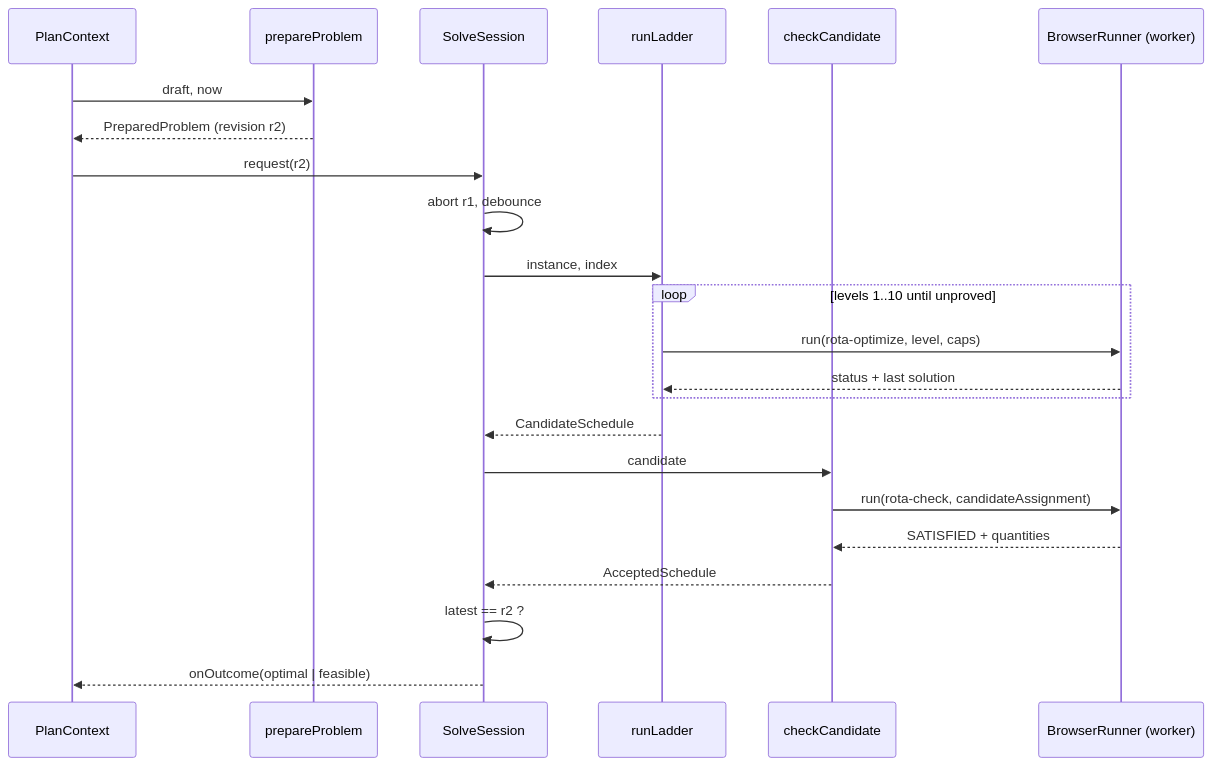
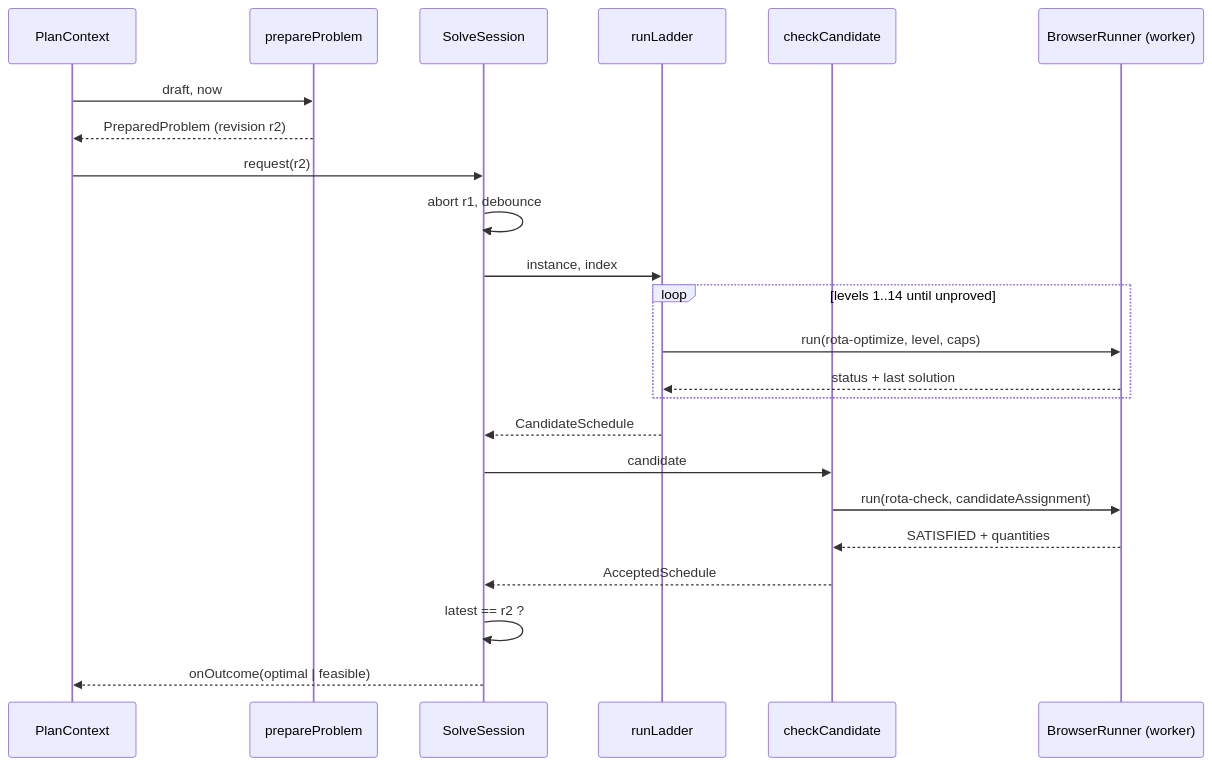
Before and after one commit to barakplasma/guard: the third of 4 diagrams in docs/minizinc-implementation-design.md, drawn with Mermaid. The commit also changed other lines of this file and 1 other file, not shown here.

First line of the commit message:
Export never clears, a 24-hour window, and four more levels

````diff
--- a/docs/minizinc-implementation-design.md
+++ b/docs/minizinc-implementation-design.md
@@ -886,26 +982,26 @@
 ```mermaid
 sequenceDiagram
     participant UI as PlanContext
     participant P as prepareProblem
     participant S as SolveSession
     participant L as runLadder
     participant C as checkCandidate
     participant R as BrowserRunner (worker)
 
     UI->>P: draft, now
     P-->>UI: PreparedProblem (revision r2)
     UI->>S: request(r2)
     S->>S: abort r1, debounce
     S->>L: instance, index
-    loop levels 1..10 until unproved
+    loop levels 1..14 until unproved
         L->>R: run(rota-optimize, level, caps)
         R-->>L: status + last solution
     end
     L-->>S: CandidateSchedule
     S->>C: candidate
     C->>R: run(rota-check, candidateAssignment)
     R-->>C: SATISFIED + quantities
     C-->>S: AcceptedSchedule
     S->>S: latest == r2 ?
     S-->>UI: onOutcome(optimal | feasible)
 ```
````
